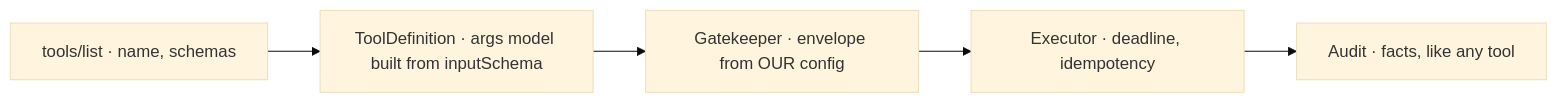
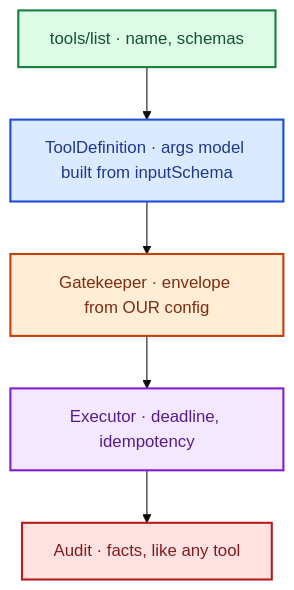
One commit to kk-engineer/robosathi changed the fifth of 5 diagrams in content/en/docs/agentic_ai/model_context_protocol.md. Above: the diagram before and after it, drawn with Mermaid (base theme). The commit also changed 15 other files, not shown here.

First line of the commit message:
perf: Lighter pages and on-demand loading; legible flow diagrams

````diff
--- a/content/en/docs/agentic_ai/model_context_protocol.md
+++ b/content/en/docs/agentic_ai/model_context_protocol.md
@@ -231,4 +231,15 @@
 ```mermaid
-graph LR
+graph TD
     L["tools/list · name, schemas"] --> TD["ToolDefinition · args model built from inputSchema"] --> G["Gatekeeper · envelope from OUR config"] --> E["Executor · deadline, idempotency"] --> A["Audit · facts, like any tool"]
+    classDef c1 fill:#dcfce7,stroke:#15803d,stroke-width:2px,color:#14532d
+    classDef c2 fill:#dbeafe,stroke:#1d4ed8,stroke-width:2px,color:#1e3a8a
+    classDef c3 fill:#ffedd5,stroke:#c2410c,stroke-width:2px,color:#7c2d12
+    classDef c4 fill:#f3e8ff,stroke:#7e22ce,stroke-width:2px,color:#581c87
+    classDef c5 fill:#fee2e2,stroke:#b91c1c,stroke-width:2px,color:#7f1d1d
+    classDef c6 fill:#ccfbf1,stroke:#0f766e,stroke-width:2px,color:#134e4a
+    class L c1
+    class TD c2
+    class G c3
+    class E c4
+    class A c5
 ```
````
